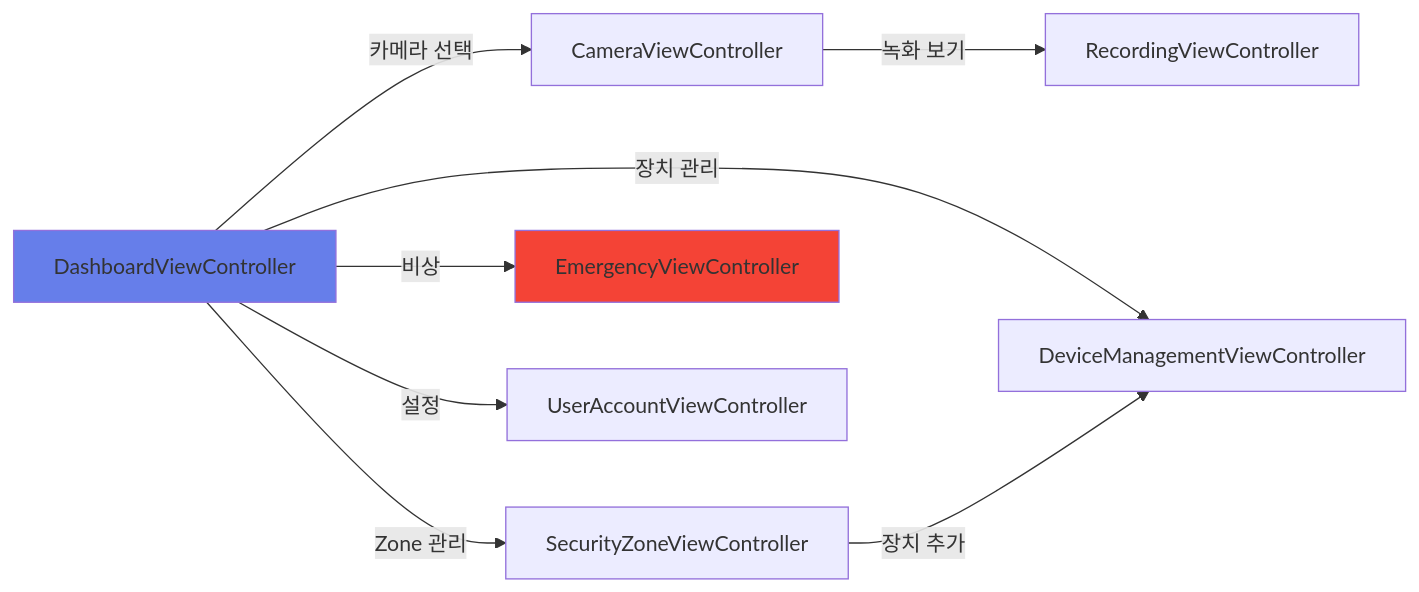
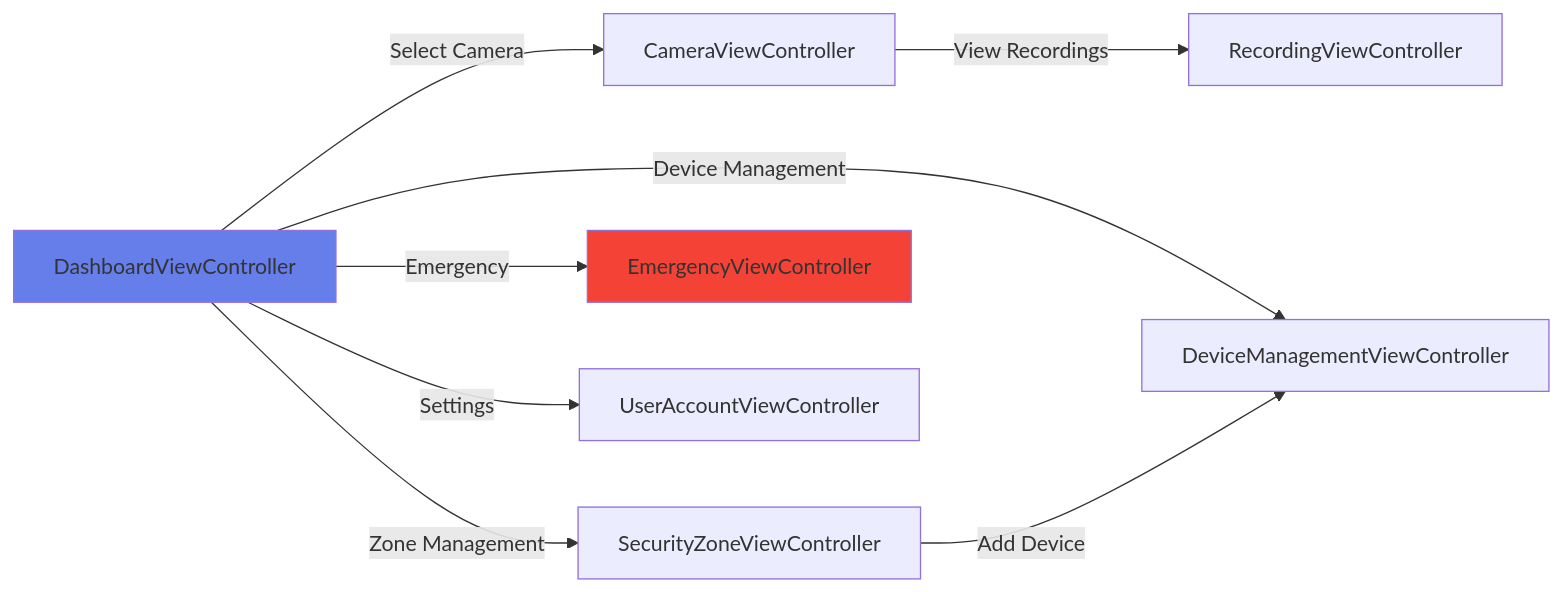
One commit to mj010101/swe_25f changed the tenth of 12 diagrams in diagrams/presentation_class_diagram.md. Above: the diagram before and after it, drawn with Mermaid. The commit also changed other lines of this file, not shown here.

Commit message:
refine presentation class diagram

````diff
--- a/diagrams/presentation_class_diagram.md
+++ b/diagrams/presentation_class_diagram.md
@@ -1083,13 +1083,13 @@
 ```mermaid
 graph LR
-    A[DashboardViewController] -->|카메라 선택| B[CameraViewController]
-    A -->|Zone 관리| C[SecurityZoneViewController]
-    A -->|장치 관리| D[DeviceManagementViewController]
-    A -->|비상| E[EmergencyViewController]
-    A -->|설정| F[UserAccountViewController]
-    B -->|녹화 보기| G[RecordingViewController]
-    C -->|장치 추가| D
+    A[DashboardViewController] -->|Select Camera| B[CameraViewController]
+    A -->|Zone Management| C[SecurityZoneViewController]
+    A -->|Device Management| D[DeviceManagementViewController]
+    A -->|Emergency| E[EmergencyViewController]
+    A -->|Settings| F[UserAccountViewController]
+    B -->|View Recordings| G[RecordingViewController]
+    C -->|Add Device| D
 
     style A fill:#667eea
     style E fill:#F44336
 ```
````
